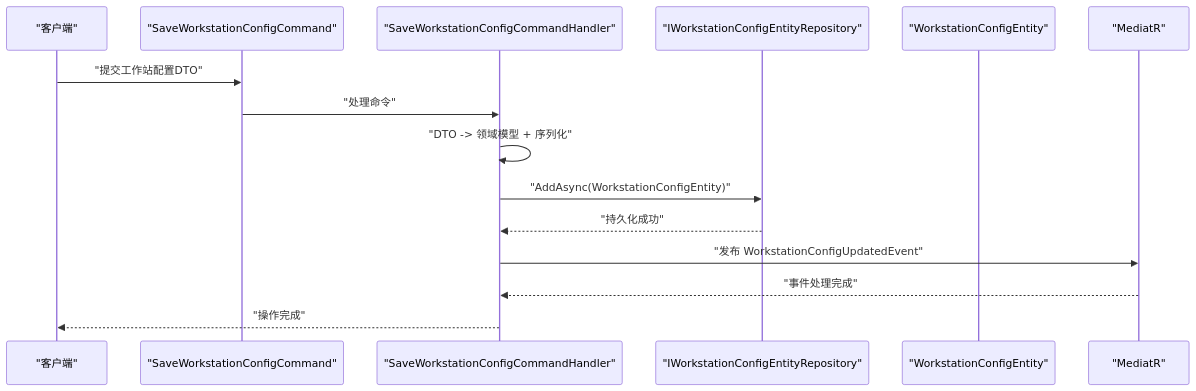
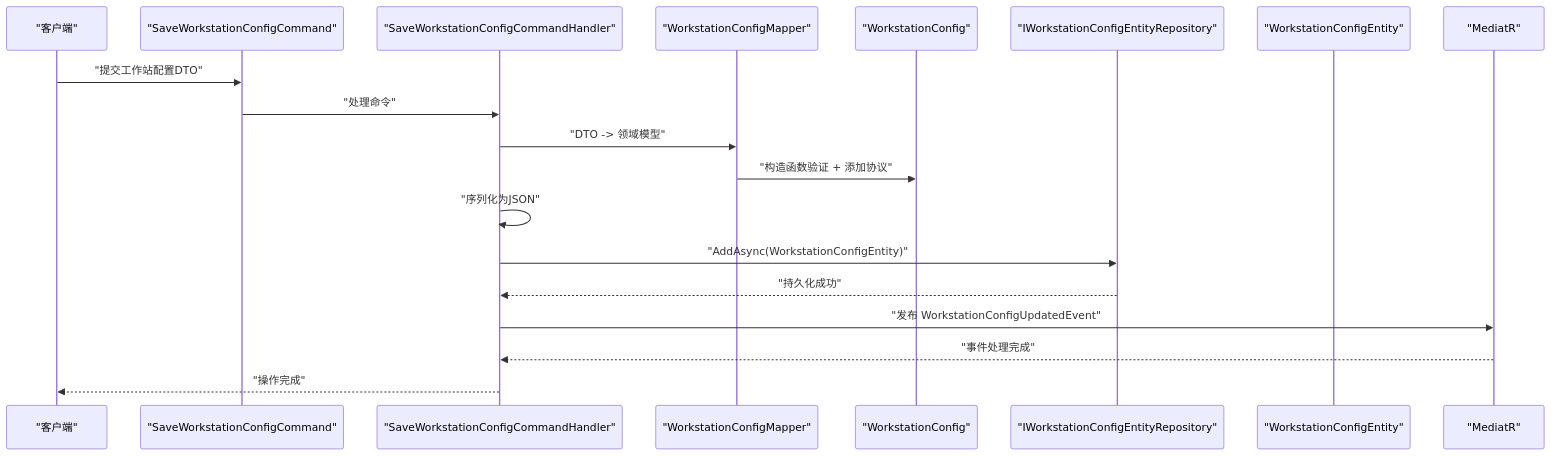
Before and after one commit to whitemousetl/IndustrialDataSolution: the third of 5 diagrams in .qoder/repowiki/zh/content/领域模型设计/工作站配置模型.md, drawn with Mermaid. The commit also changed other lines of this file and 18 other files, not shown here.

````diff
--- a/.qoder/repowiki/zh/content/领域模型设计/工作站配置模型.md
+++ b/.qoder/repowiki/zh/content/领域模型设计/工作站配置模型.md
@@ -236,17 +293,21 @@
 ```mermaid
 sequenceDiagram
 participant Client as "客户端"
 participant Cmd as "SaveWorkstationConfigCommand"
 participant Handler as "SaveWorkstationConfigCommandHandler"
+participant Mapper as "WorkstationConfigMapper"
+participant Domain as "WorkstationConfig"
 participant Repo as "IWorkstationConfigEntityRepository"
 participant Entity as "WorkstationConfigEntity"
 participant Bus as "MediatR"
 Client->>Cmd : "提交工作站配置DTO"
 Cmd->>Handler : "处理命令"
-Handler->>Handler : "DTO -> 领域模型 + 序列化"
+Handler->>Mapper : "DTO -> 领域模型"
+Mapper->>Domain : "构造函数验证 + 添加协议"
+Handler->>Handler : "序列化为JSON"
 Handler->>Repo : "AddAsync(WorkstationConfigEntity)"
 Repo-->>Handler : "持久化成功"
 Handler->>Bus : "发布 WorkstationConfigUpdatedEvent"
 Bus-->>Handler : "事件处理完成"
 Handler-->>Client : "操作完成"
 ```
````
